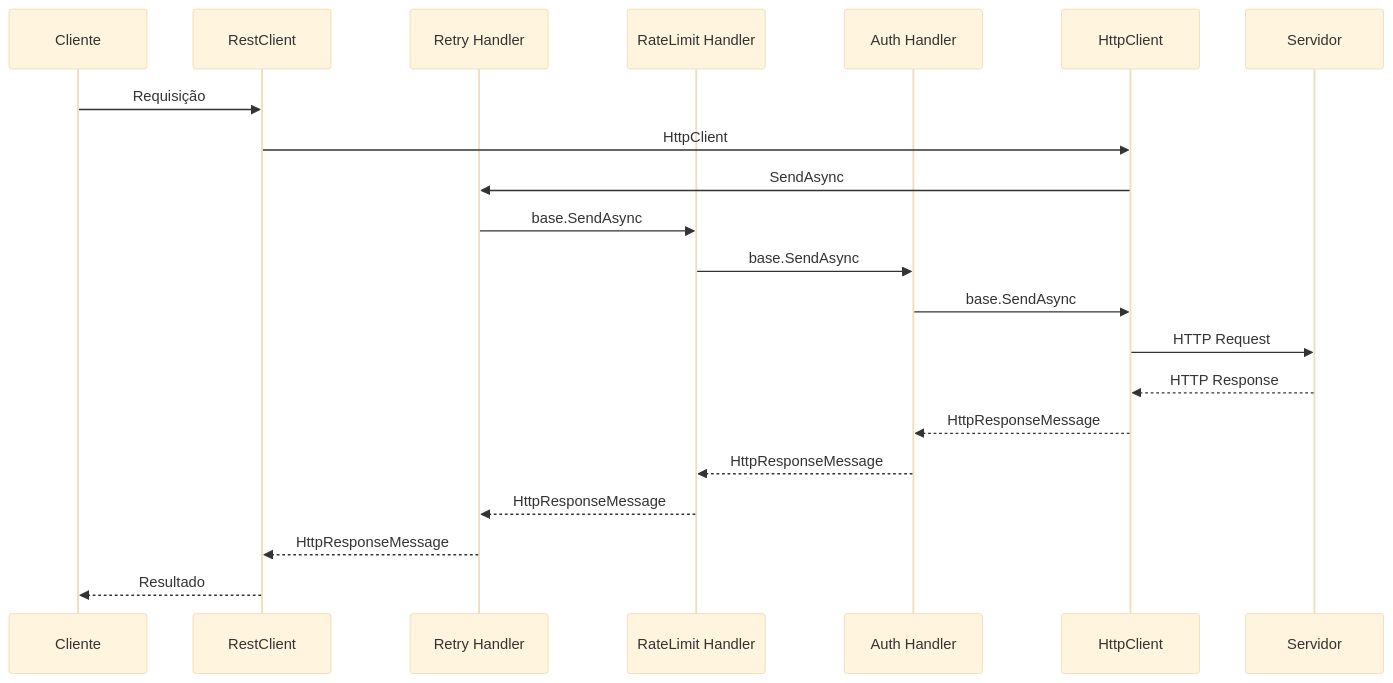
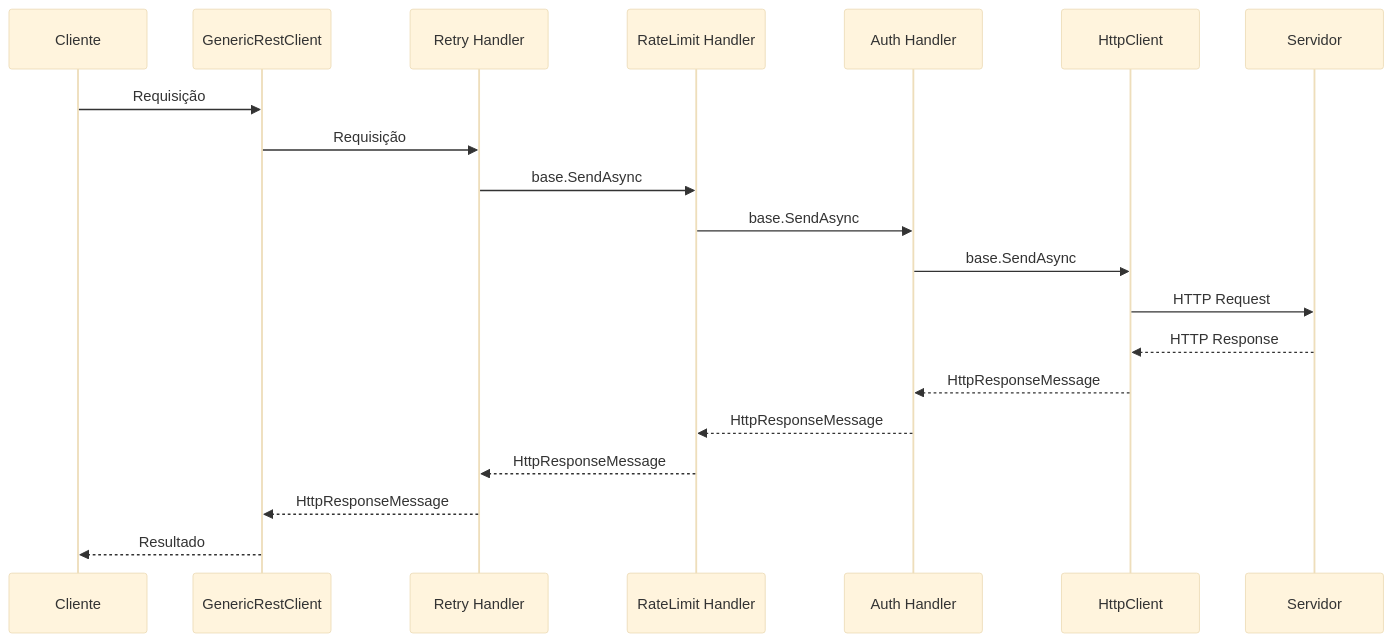
Before and after one commit to JPMworkPROG/GenericRestClient: the diagram in documentation/RequestPipelineFlow.md, drawn with Mermaid (base theme).

Commit message:
♻️ refactor RequestPipelineFlow diagram to replace RestClient with GenericRestClient

````diff
--- a/documentation/RequestPipelineFlow.md
+++ b/documentation/RequestPipelineFlow.md
@@ -30,25 +30,24 @@
 ```mermaid
 sequenceDiagram
     participant C as Cliente
-    participant RC as RestClient
+    participant GRC as GenericRestClient
     participant RH as Retry Handler
     participant RL as RateLimit Handler
     participant AH as Auth Handler
     participant HC as HttpClient
     participant S as Servidor
 
-    C->>RC: Requisição
-    RC->>HC: HttpClient
-    HC->>RH: SendAsync
+    C->>GRC: Requisição
+    GRC->>RH: Requisição
     RH->>RL: base.SendAsync
     RL->>AH: base.SendAsync
     AH->>HC: base.SendAsync
     HC->>S: HTTP Request
     
     S-->>HC: HTTP Response
     HC-->>AH: HttpResponseMessage
     AH-->>RL: HttpResponseMessage
     RL-->>RH: HttpResponseMessage
-    RH-->>RC: HttpResponseMessage
-    RC-->>C: Resultado
+    RH-->>GRC: HttpResponseMessage
+    GRC-->>C: Resultado
 ```
````
